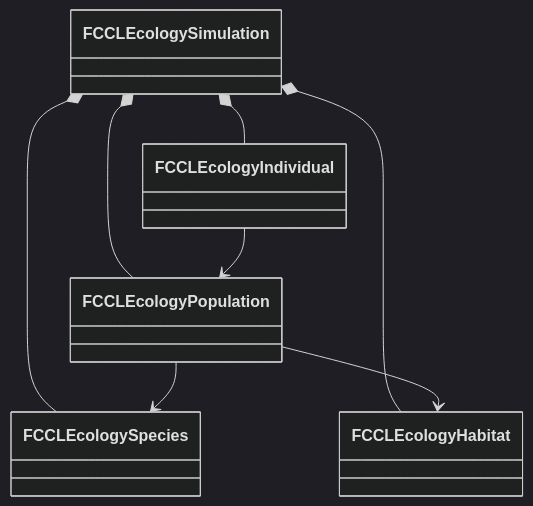
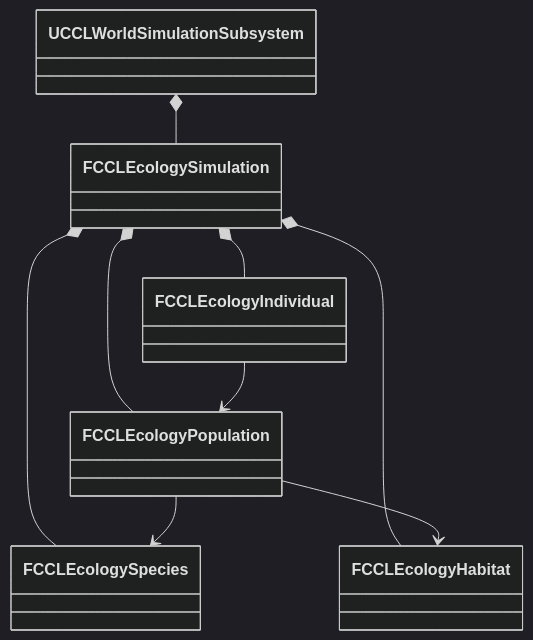
Before and after one commit to kang-sihwon/ccl8: the diagram in Docs/EnvironmentEcology.md, drawn with Mermaid (dark theme). The commit also changed other lines of this file and 1 other file, not shown here.

````diff
--- a/Docs/EnvironmentEcology.md
+++ b/Docs/EnvironmentEcology.md
@@ -22,10 +24,11 @@
 ```mermaid
 classDiagram
+    UCCLWorldSimulationSubsystem *-- FCCLEcologySimulation
     FCCLEcologySimulation *-- FCCLEcologySpecies
     FCCLEcologySimulation *-- FCCLEcologyHabitat
     FCCLEcologySimulation *-- FCCLEcologyPopulation
     FCCLEcologySimulation *-- FCCLEcologyIndividual
     FCCLEcologyPopulation --> FCCLEcologySpecies
     FCCLEcologyPopulation --> FCCLEcologyHabitat
     FCCLEcologyIndividual --> FCCLEcologyPopulation
 ```
````
